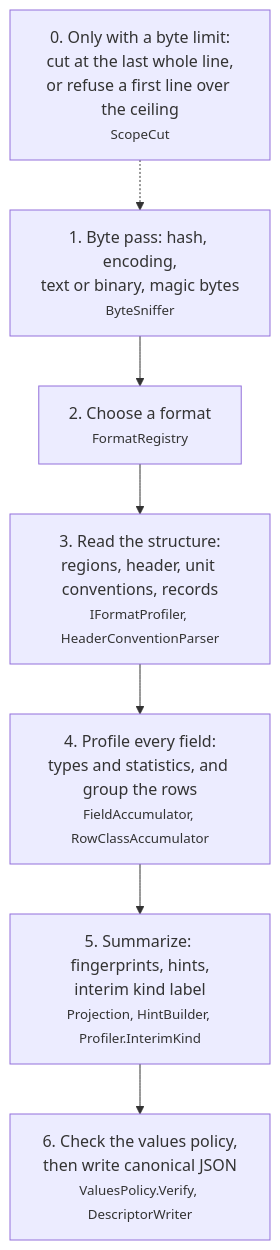
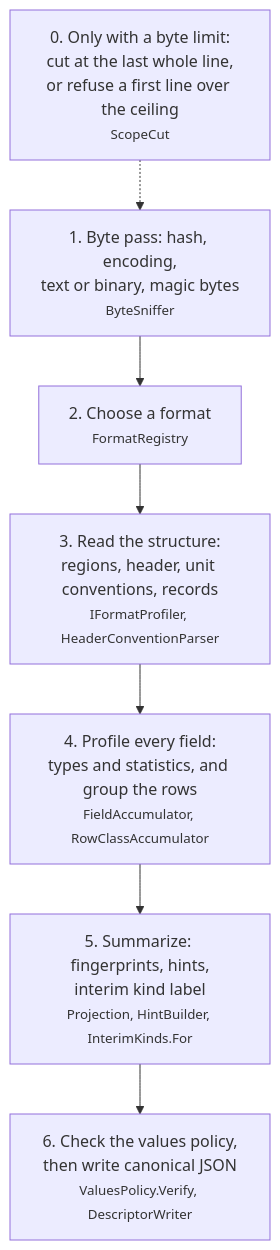
The second of 32 diagrams in docs/how-it-works.md (squalor-xyz/squalify), drawn with Mermaid before and after one commit. The commit also changed other lines of this file and 5 other files, not shown here.

````diff
--- a/docs/how-it-works.md
+++ b/docs/how-it-works.md
@@ -28,9 +28,9 @@
 ```mermaid
 flowchart TD
     Z["0. Only with a byte limit:<br/>cut at the last whole line,<br/>or refuse a first line over the ceiling<br/><small>ScopeCut</small>"] -.-> A
     A["1. Byte pass: hash, encoding,<br/>text or binary, magic bytes<br/><small>ByteSniffer</small>"] --> B["2. Choose a format<br/><small>FormatRegistry</small>"]
     B --> C["3. Read the structure:<br/>regions, header, unit conventions, records<br/><small>IFormatProfiler, HeaderConventionParser</small>"]
     C --> D["4. Profile every field:<br/>types and statistics, and group the rows<br/><small>FieldAccumulator, RowClassAccumulator</small>"]
-    D --> E["5. Summarize: fingerprints, hints,<br/>interim kind label<br/><small>Projection, HintBuilder, Profiler.InterimKind</small>"]
+    D --> E["5. Summarize: fingerprints, hints,<br/>interim kind label<br/><small>Projection, HintBuilder, InterimKinds.For</small>"]
     E --> F["6. Check the values policy,<br/>then write canonical JSON<br/><small>ValuesPolicy.Verify, DescriptorWriter</small>"]
 ```
````
